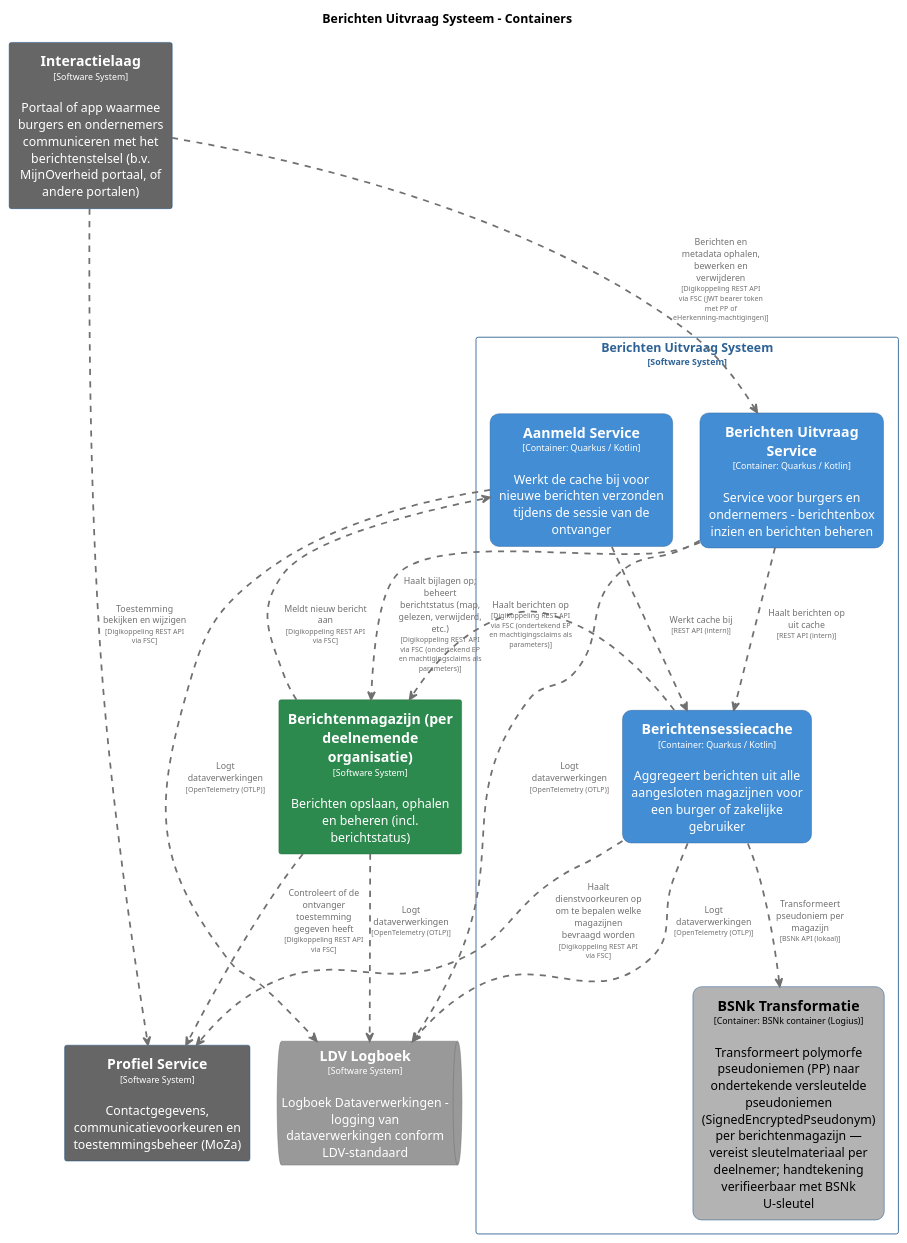
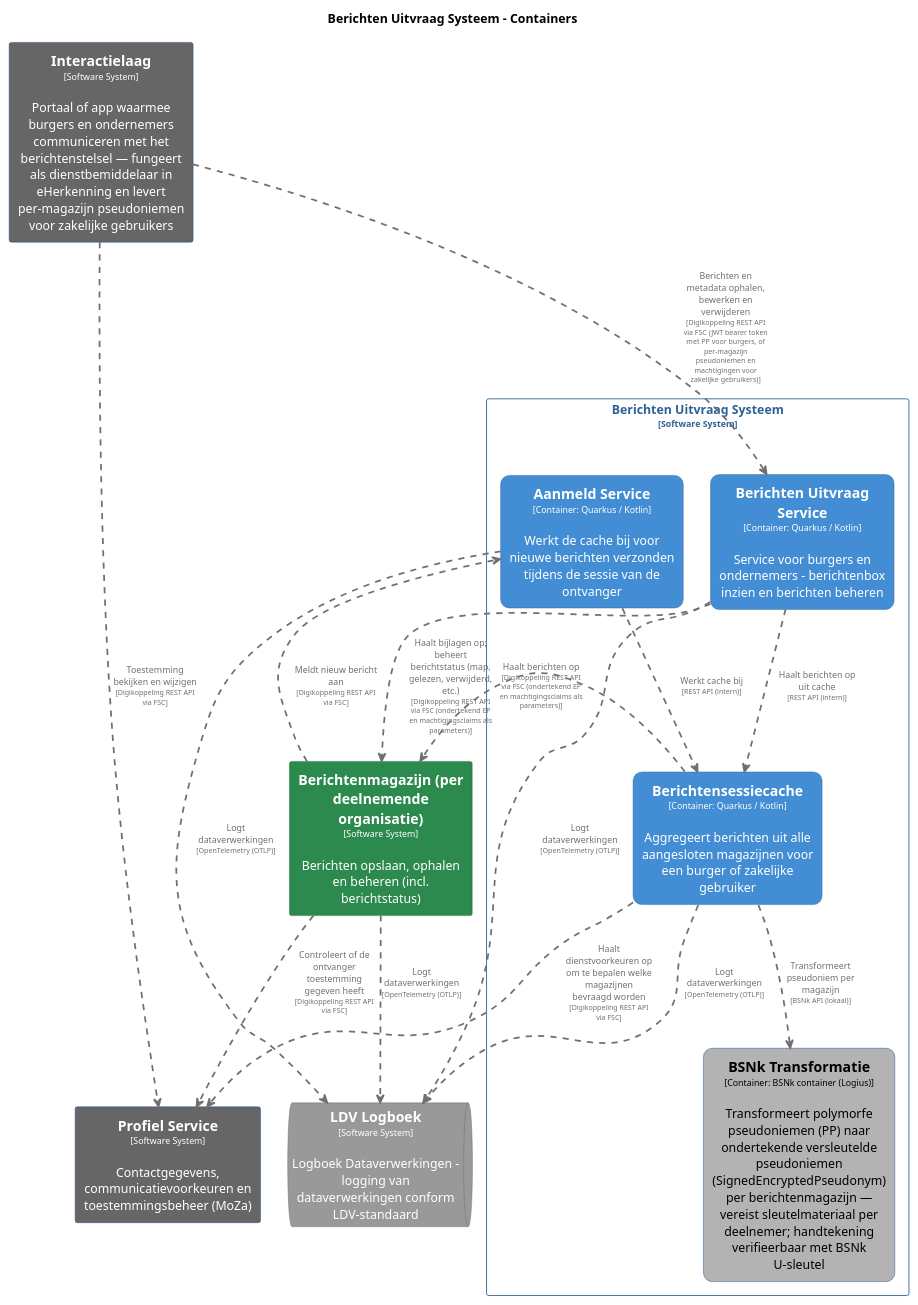
Before and after one commit to MinBZK/moza-poc-fbs-berichtenbox: the diagram in pr-preview/pr-22/master/puml/BerichtenUitvraagSysteemContainers.puml, drawn with PlantUML. The commit also changed 31 other files, not shown here.

```diff
--- a/pr-preview/pr-22/master/puml/BerichtenUitvraagSysteemContainers.puml
+++ b/pr-preview/pr-22/master/puml/BerichtenUitvraagSysteemContainers.puml
@@ -1,102 +1,102 @@
 @startuml
 set separator none
 title Berichten Uitvraag Systeem - Containers
 
 top to bottom direction
 skinparam ranksep 60
 skinparam nodesep 30
 
 skinparam {
   arrowFontSize 10
   defaultTextAlignment center
   wrapWidth 200
   maxMessageSize 100
 }
 
 hide stereotype
 
 skinparam rectangle<<BerichtenUitvraagSysteem.AanmeldService>> {
   BackgroundColor #438dd5
   FontColor #ffffff
   BorderColor #2e6295
   roundCorner 20
   shadowing false
 }
 skinparam rectangle<<BerichtenUitvraagSysteem.BSNkTransformatie>> {
   BackgroundColor #b3b3b3
   FontColor #000000
   BorderColor #0b4884
   roundCorner 20
   shadowing false
 }
 skinparam rectangle<<BerichtenUitvraagSysteem.BerichtenUitvraagService>> {
   BackgroundColor #438dd5
   FontColor #ffffff
   BorderColor #2e6295
   roundCorner 20
   shadowing false
 }
 skinparam rectangle<<Berichtenmagazijnperdeelnemendeorganisatie>> {
   BackgroundColor #2d8a4e
   FontColor #ffffff
   BorderColor #1e6b38
   shadowing false
 }
 skinparam rectangle<<BerichtenUitvraagSysteem.Berichtensessiecache>> {
   BackgroundColor #438dd5
   FontColor #ffffff
   BorderColor #2e6295
   roundCorner 20
   shadowing false
 }
 skinparam rectangle<<Interactielaag>> {
   BackgroundColor #666666
   FontColor #ffffff
   BorderColor #0b4884
   shadowing false
 }
 skinparam queue<<LDVLogboek>> {
   BackgroundColor #999999
   FontColor #ffffff
   BorderColor #6b6b6b
   shadowing false
 }
 skinparam rectangle<<ProfielService>> {
   BackgroundColor #666666
   FontColor #ffffff
   BorderColor #0b4884
   shadowing false
 }
 skinparam rectangle<<BerichtenUitvraagSysteem>> {
   BorderColor #2e6295
   FontColor #2e6295
   shadowing false
 }
 
 rectangle "==Profiel Service\n<size:10>[Software System]</size>\n\nContactgegevens, communicatievoorkeuren en toestemmingsbeheer (MoZa)" <<ProfielService>> as ProfielService
-rectangle "==Interactielaag\n<size:10>[Software System]</size>\n\nPortaal of app waarmee burgers en ondernemers communiceren met het berichtenstelsel (b.v. MijnOverheid portaal, of andere portalen)" <<Interactielaag>> as Interactielaag
+rectangle "==Interactielaag\n<size:10>[Software System]</size>\n\nPortaal of app waarmee burgers en ondernemers communiceren met het berichtenstelsel — fungeert als dienstbemiddelaar in eHerkenning en levert per-magazijn pseudoniemen voor zakelijke gebruikers" <<Interactielaag>> as Interactielaag
 rectangle "==Berichtenmagazijn (per deelnemende organisatie)\n<size:10>[Software System]</size>\n\nBerichten opslaan, ophalen en beheren (incl. berichtstatus)" <<Berichtenmagazijnperdeelnemendeorganisatie>> as Berichtenmagazijnperdeelnemendeorganisatie
 queue "==LDV Logboek\n<size:10>[Software System]</size>\n\nLogboek Dataverwerkingen - logging van dataverwerkingen conform LDV-standaard" <<LDVLogboek>> as LDVLogboek
 
 rectangle "Berichten Uitvraag Systeem\n<size:10>[Software System]</size>" <<BerichtenUitvraagSysteem>> {
   rectangle "==Berichtensessiecache\n<size:10>[Container: Quarkus / Kotlin]</size>\n\nAggregeert berichten uit alle aangesloten magazijnen voor een burger of zakelijke gebruiker" <<BerichtenUitvraagSysteem.Berichtensessiecache>> as BerichtenUitvraagSysteem.Berichtensessiecache
   rectangle "==Berichten Uitvraag Service\n<size:10>[Container: Quarkus / Kotlin]</size>\n\nService voor burgers en ondernemers - berichtenbox inzien en berichten beheren" <<BerichtenUitvraagSysteem.BerichtenUitvraagService>> as BerichtenUitvraagSysteem.BerichtenUitvraagService
   rectangle "==BSNk Transformatie\n<size:10>[Container: BSNk container (Logius)]</size>\n\nTransformeert polymorfe pseudoniemen (PP) naar ondertekende versleutelde pseudoniemen (SignedEncryptedPseudonym) per berichtenmagazijn — vereist sleutelmateriaal per deelnemer; handtekening verifieerbaar met BSNk U-sleutel" <<BerichtenUitvraagSysteem.BSNkTransformatie>> as BerichtenUitvraagSysteem.BSNkTransformatie
   rectangle "==Aanmeld Service\n<size:10>[Container: Quarkus / Kotlin]</size>\n\nWerkt de cache bij voor nieuwe berichten verzonden tijdens de sessie van de ontvanger" <<BerichtenUitvraagSysteem.AanmeldService>> as BerichtenUitvraagSysteem.AanmeldService
 }
 
 Berichtenmagazijnperdeelnemendeorganisatie .[#707070,thickness=2].> ProfielService : "<color:#707070>Controleert of de ontvanger toestemming gegeven heeft\n<color:#707070><size:8>[Digikoppeling REST API via FSC]</size>"
 BerichtenUitvraagSysteem.Berichtensessiecache .[#707070,thickness=2].> ProfielService : "<color:#707070>Haalt dienstvoorkeuren op om te bepalen welke magazijnen bevraagd worden\n<color:#707070><size:8>[Digikoppeling REST API via FSC]</size>"
 BerichtenUitvraagSysteem.Berichtensessiecache .[#707070,thickness=2].> Berichtenmagazijnperdeelnemendeorganisatie : "<color:#707070>Haalt berichten op\n<color:#707070><size:8>[Digikoppeling REST API via FSC (ondertekend EP en machtigingsclaims als parameters)]</size>"
 Berichtenmagazijnperdeelnemendeorganisatie .[#707070,thickness=2].> LDVLogboek : "<color:#707070>Logt dataverwerkingen\n<color:#707070><size:8>[OpenTelemetry (OTLP)]</size>"
 BerichtenUitvraagSysteem.Berichtensessiecache .[#707070,thickness=2].> LDVLogboek : "<color:#707070>Logt dataverwerkingen\n<color:#707070><size:8>[OpenTelemetry (OTLP)]</size>"
 BerichtenUitvraagSysteem.BerichtenUitvraagService .[#707070,thickness=2].> LDVLogboek : "<color:#707070>Logt dataverwerkingen\n<color:#707070><size:8>[OpenTelemetry (OTLP)]</size>"
 BerichtenUitvraagSysteem.AanmeldService .[#707070,thickness=2].> LDVLogboek : "<color:#707070>Logt dataverwerkingen\n<color:#707070><size:8>[OpenTelemetry (OTLP)]</size>"
 BerichtenUitvraagSysteem.Berichtensessiecache .[#707070,thickness=2].> BerichtenUitvraagSysteem.BSNkTransformatie : "<color:#707070>Transformeert pseudoniem per magazijn\n<color:#707070><size:8>[BSNk API (lokaal)]</size>"
 BerichtenUitvraagSysteem.AanmeldService .[#707070,thickness=2].> BerichtenUitvraagSysteem.Berichtensessiecache : "<color:#707070>Werkt cache bij\n<color:#707070><size:8>[REST API (intern)]</size>"
 BerichtenUitvraagSysteem.BerichtenUitvraagService .[#707070,thickness=2].> BerichtenUitvraagSysteem.Berichtensessiecache : "<color:#707070>Haalt berichten op uit cache\n<color:#707070><size:8>[REST API (intern)]</size>"
-Interactielaag .[#707070,thickness=2].> BerichtenUitvraagSysteem.BerichtenUitvraagService : "<color:#707070>Berichten en metadata ophalen, bewerken en verwijderen\n<color:#707070><size:8>[Digikoppeling REST API via FSC (JWT bearer token met PP of eHerkenning-machtigingen)]</size>"
+Interactielaag .[#707070,thickness=2].> BerichtenUitvraagSysteem.BerichtenUitvraagService : "<color:#707070>Berichten en metadata ophalen, bewerken en verwijderen\n<color:#707070><size:8>[Digikoppeling REST API via FSC (JWT bearer token met PP voor burgers, of per-magazijn pseudoniemen en machtigingen voor zakelijke gebruikers)]</size>"
 Interactielaag .[#707070,thickness=2].> ProfielService : "<color:#707070>Toestemming bekijken en wijzigen\n<color:#707070><size:8>[Digikoppeling REST API via FSC]</size>"
 BerichtenUitvraagSysteem.BerichtenUitvraagService .[#707070,thickness=2].> Berichtenmagazijnperdeelnemendeorganisatie : "<color:#707070>Haalt bijlagen op; beheert berichtstatus (map, gelezen, verwijderd, etc.)\n<color:#707070><size:8>[Digikoppeling REST API via FSC (ondertekend EP en machtigingsclaims als parameters)]</size>"
 Berichtenmagazijnperdeelnemendeorganisatie .[#707070,thickness=2].> BerichtenUitvraagSysteem.AanmeldService : "<color:#707070>Meldt nieuw bericht aan\n<color:#707070><size:8>[Digikoppeling REST API via FSC]</size>"
 @enduml
```
